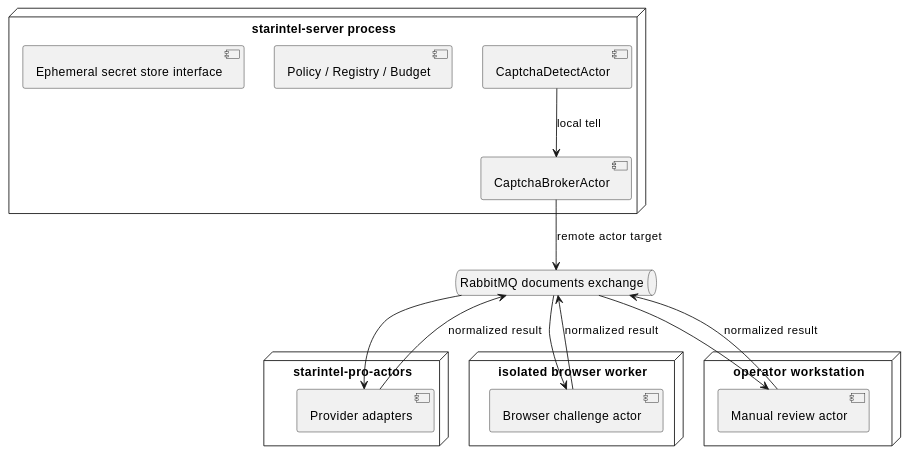
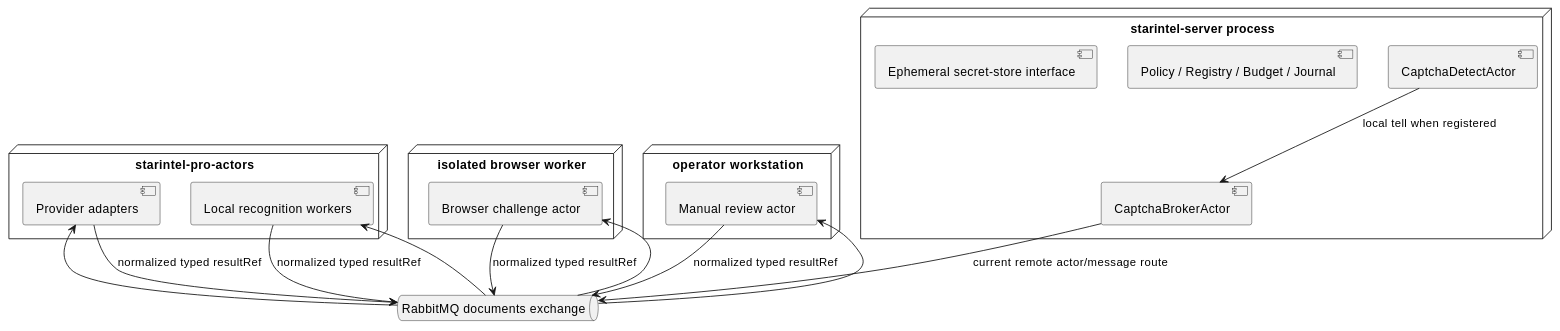
Before and after one commit to lost-rob0t/starintel-auto-research: the third of 8 diagrams in roam/design/star-server/STAR-CAPTCHA-000-broker-router.org, drawn with PlantUML. The commit also changed other lines of this file, not shown here.

Commit message:
complete broker matching lifecycle and drift design

```diff
--- a/roam/design/star-server/STAR-CAPTCHA-000-broker-router.org
+++ b/roam/design/star-server/STAR-CAPTCHA-000-broker-router.org
@@ -102,29 +323,32 @@
 #+begin_src plantuml
 @startuml
 node "starintel-server process" {
   component "CaptchaDetectActor"
   component "CaptchaBrokerActor"
-  component "Policy / Registry / Budget"
-  component "Ephemeral secret store interface"
+  component "Policy / Registry / Budget / Journal"
+  component "Ephemeral secret-store interface"
 }
 queue "RabbitMQ documents exchange" as Rabbit
 node "starintel-pro-actors" {
   component "Provider adapters"
+  component "Local recognition workers"
 }
 node "isolated browser worker" {
   component "Browser challenge actor"
 }
 node "operator workstation" {
   component "Manual review actor"
 }
 
-"CaptchaDetectActor" --> "CaptchaBrokerActor" : local tell
-"CaptchaBrokerActor" --> Rabbit : remote actor target
+"CaptchaDetectActor" --> "CaptchaBrokerActor" : local tell when registered
+"CaptchaBrokerActor" --> Rabbit : current remote actor/message route
 Rabbit --> "Provider adapters"
+Rabbit --> "Local recognition workers"
 Rabbit --> "Browser challenge actor"
 Rabbit --> "Manual review actor"
-"Provider adapters" --> Rabbit : normalized result
-"Browser challenge actor" --> Rabbit : normalized result
-"Manual review actor" --> Rabbit : normalized result
+"Provider adapters" --> Rabbit : normalized typed resultRef
+"Local recognition workers" --> Rabbit : normalized typed resultRef
+"Browser challenge actor" --> Rabbit : normalized typed resultRef
+"Manual review actor" --> Rabbit : normalized typed resultRef
 @enduml
 #+end_src
```
